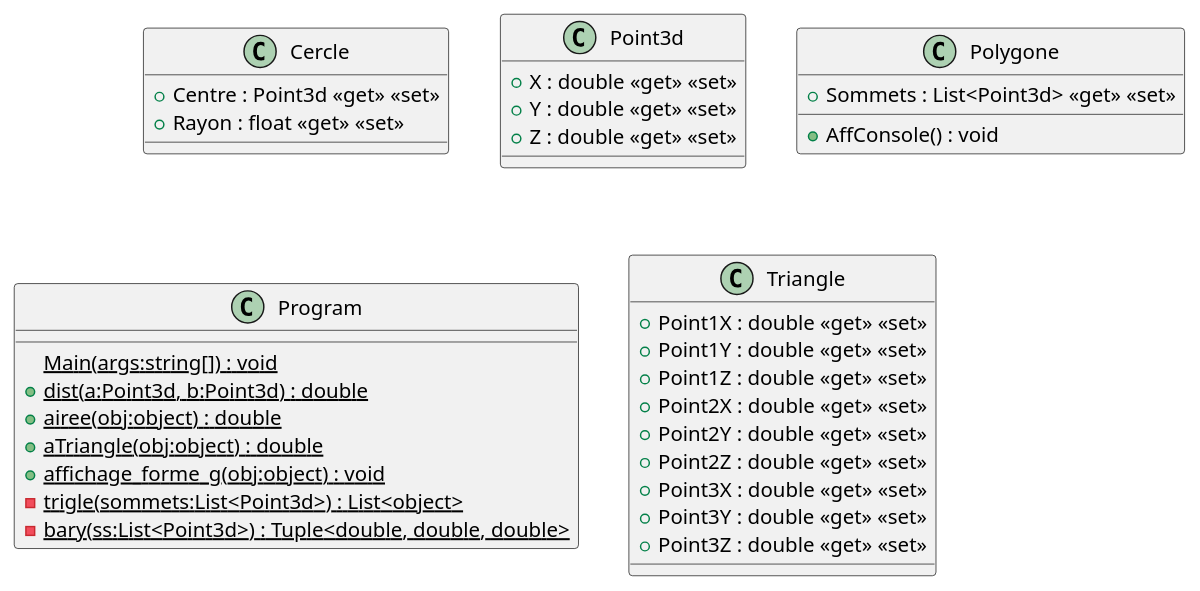
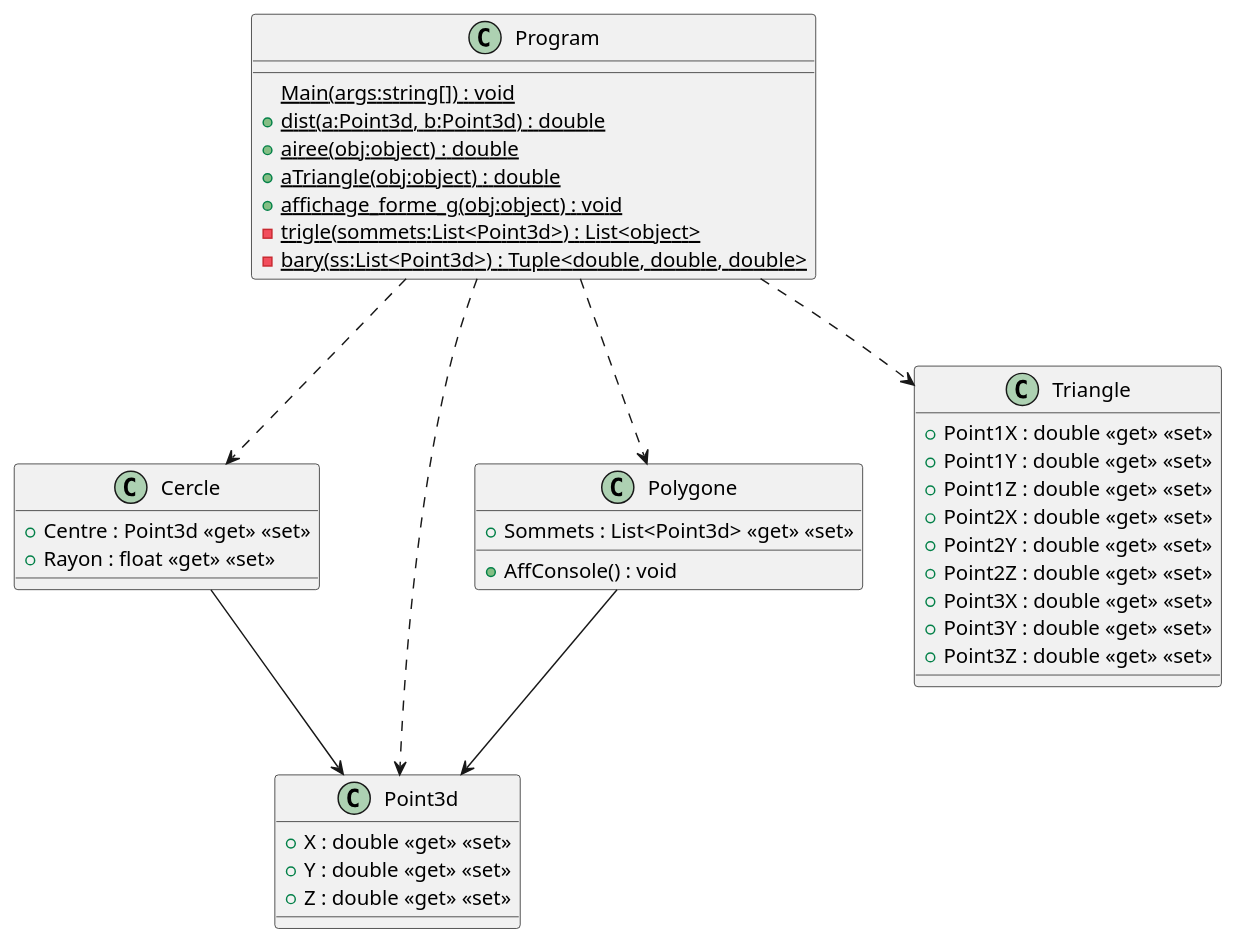
The diagram in Module05_Demeter_TellDontAsk/include.puml (PiFou86/420-W30-SF), drawn with PlantUML before and after one commit. The commit also changed 6 other files, not shown here.

```diff
--- a/Module05_Demeter_TellDontAsk/include.puml
+++ b/Module05_Demeter_TellDontAsk/include.puml
@@ -1,35 +1,43 @@
 @startuml
 class Cercle {
     + Centre : Point3d <<get>> <<set>>
     + Rayon : float <<get>> <<set>>
 }
+
+Cercle --> Point3d
+
 class Point3d {
     + X : double <<get>> <<set>>
     + Y : double <<get>> <<set>>
     + Z : double <<get>> <<set>>
 }
 class Polygone {
     + Sommets : List<Point3d> <<get>> <<set>>
     + AffConsole() : void
 }
+Polygone --> Point3d
 class Program {
     {static} Main(args:string[]) : void
     + {static} dist(a:Point3d, b:Point3d) : double
     + {static} airee(obj:object) : double
     + {static} aTriangle(obj:object) : double
     + {static} affichage_forme_g(obj:object) : void
     - {static} trigle(sommets:List<Point3d>) : List<object>
     - {static} bary(ss:List<Point3d>) : Tuple<double, double, double>
 }
+Program ..> Point3d
+Program ..> Triangle
+Program ..> Polygone
+Program ..> Cercle
 class Triangle {
     + Point1X : double <<get>> <<set>>
     + Point1Y : double <<get>> <<set>>
     + Point1Z : double <<get>> <<set>>
     + Point2X : double <<get>> <<set>>
     + Point2Y : double <<get>> <<set>>
     + Point2Z : double <<get>> <<set>>
     + Point3X : double <<get>> <<set>>
     + Point3Y : double <<get>> <<set>>
     + Point3Z : double <<get>> <<set>>
 }
 @enduml
```
